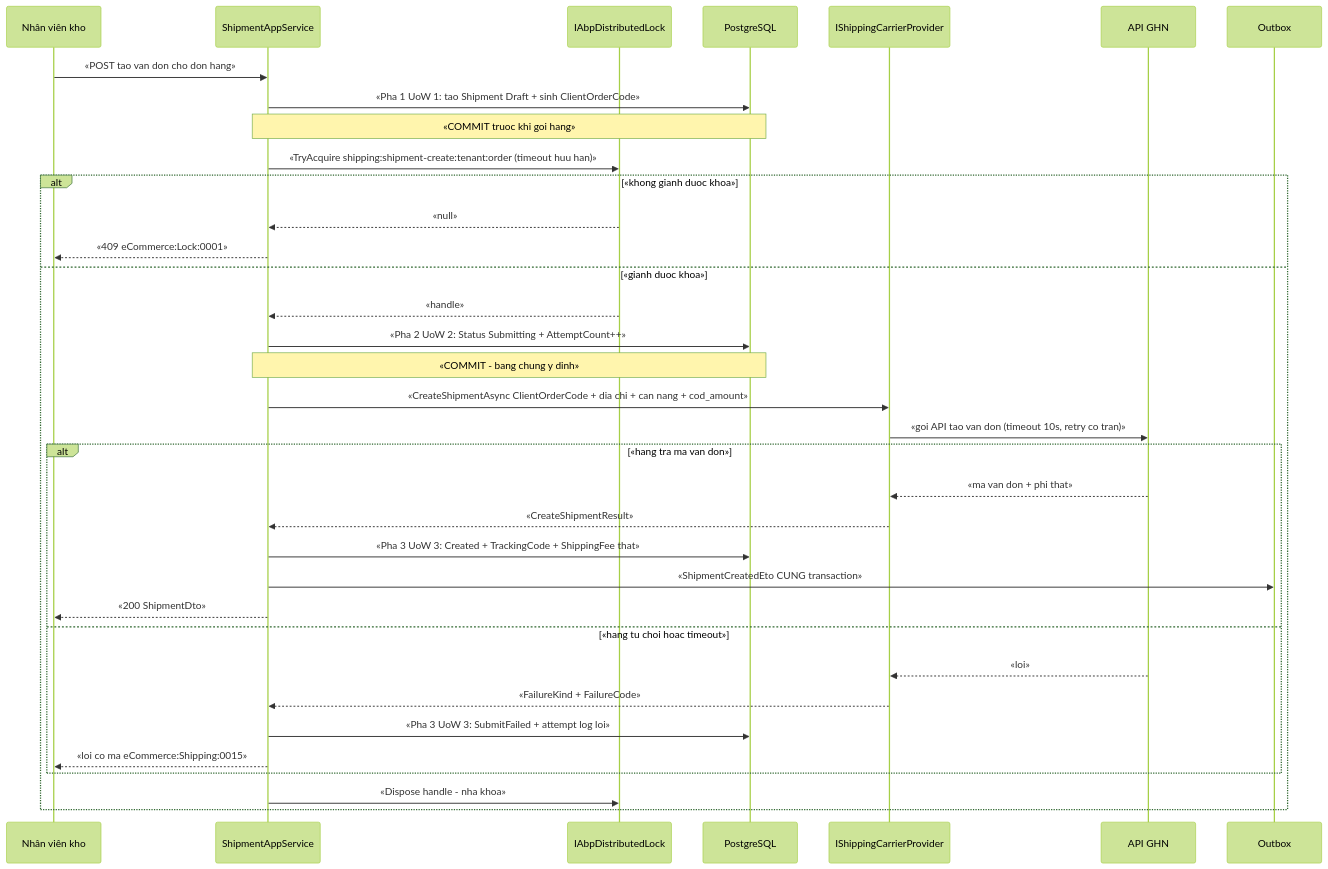
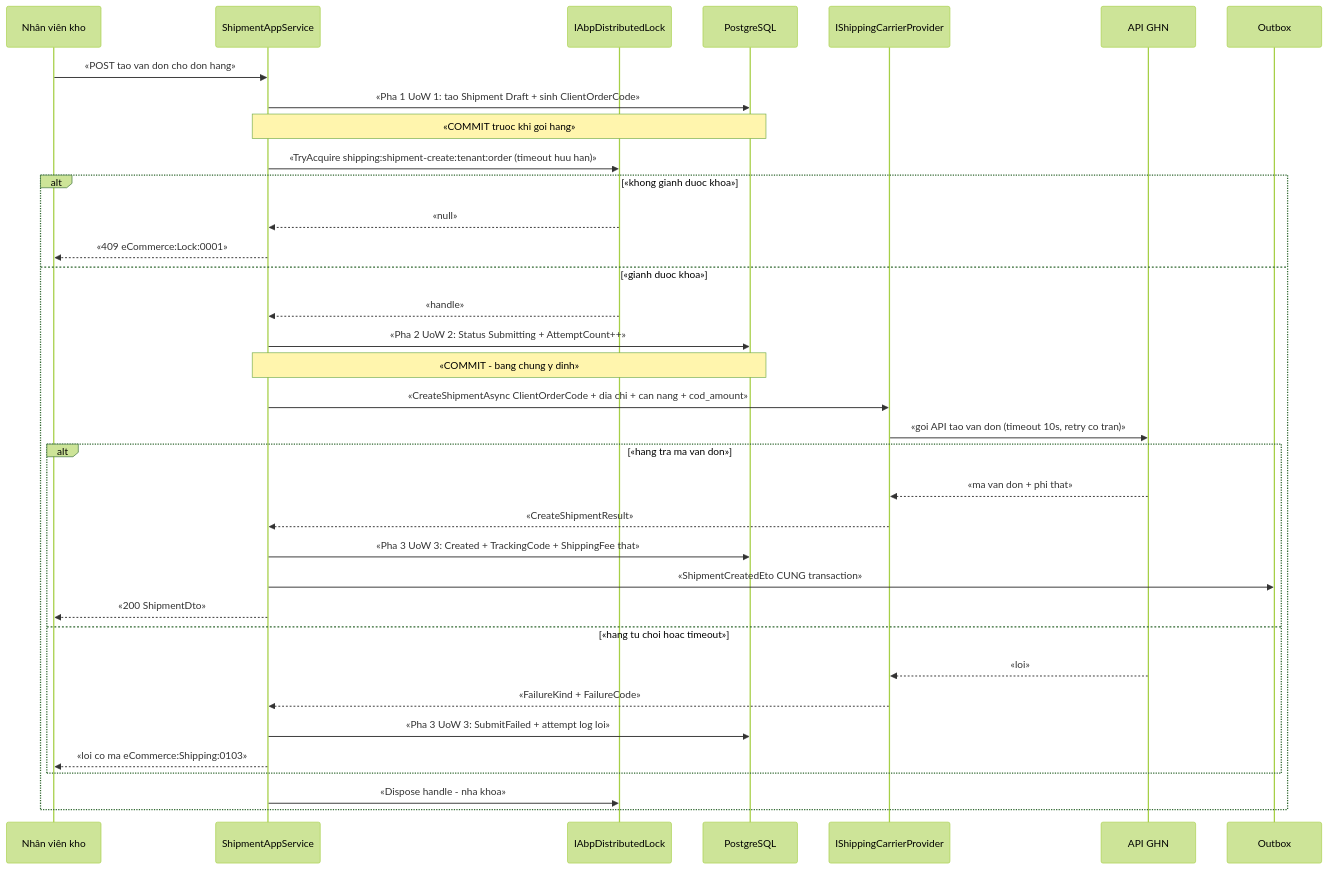
One commit to hungnt9801/eCommerce changed the third of 3 diagrams in docs/features/shipping/shp-001-adapter-ghn-tinh-phi-van-don.md. Above: the diagram before and after it, drawn with Mermaid (forest theme). The commit also changed other lines of this file and 5 other files, not shown here.

````diff
--- a/docs/features/shipping/shp-001-adapter-ghn-tinh-phi-van-don.md
+++ b/docs/features/shipping/shp-001-adapter-ghn-tinh-phi-van-don.md
@@ -223,38 +223,38 @@
 ```mermaid
 sequenceDiagram
     participant KHO as Nhân viên kho
     participant APP as ShipmentAppService
     participant LOCK as IAbpDistributedLock
     participant DB as PostgreSQL
     participant PROV as IShippingCarrierProvider
     participant GHN as API GHN
     participant BUS as Outbox
 
     KHO->>APP: «POST tao van don cho don hang»
     APP->>DB: «Pha 1 UoW 1: tao Shipment Draft + sinh ClientOrderCode»
     Note over APP,DB: «COMMIT truoc khi goi hang»
     APP->>LOCK: «TryAcquire shipping:shipment-create:tenant:order (timeout huu han)»
     alt «khong gianh duoc khoa»
         LOCK-->>APP: «null»
         APP-->>KHO: «409 eCommerce:Lock:0001»
     else «gianh duoc khoa»
         LOCK-->>APP: «handle»
         APP->>DB: «Pha 2 UoW 2: Status Submitting + AttemptCount++»
         Note over APP,DB: «COMMIT - bang chung y dinh»
         APP->>PROV: «CreateShipmentAsync ClientOrderCode + dia chi + can nang + cod_amount»
         PROV->>GHN: «goi API tao van don (timeout 10s, retry co tran)»
         alt «hang tra ma van don»
             GHN-->>PROV: «ma van don + phi that»
             PROV-->>APP: «CreateShipmentResult»
             APP->>DB: «Pha 3 UoW 3: Created + TrackingCode + ShippingFee that»
             APP->>BUS: «ShipmentCreatedEto CUNG transaction»
             APP-->>KHO: «200 ShipmentDto»
         else «hang tu choi hoac timeout»
             GHN-->>PROV: «loi»
             PROV-->>APP: «FailureKind + FailureCode»
             APP->>DB: «Pha 3 UoW 3: SubmitFailed + attempt log loi»
-            APP-->>KHO: «loi co ma eCommerce:Shipping:0015»
+            APP-->>KHO: «loi co ma eCommerce:Shipping:0103»
         end
         APP->>LOCK: «Dispose handle - nha khoa»
     end
 ```
````
